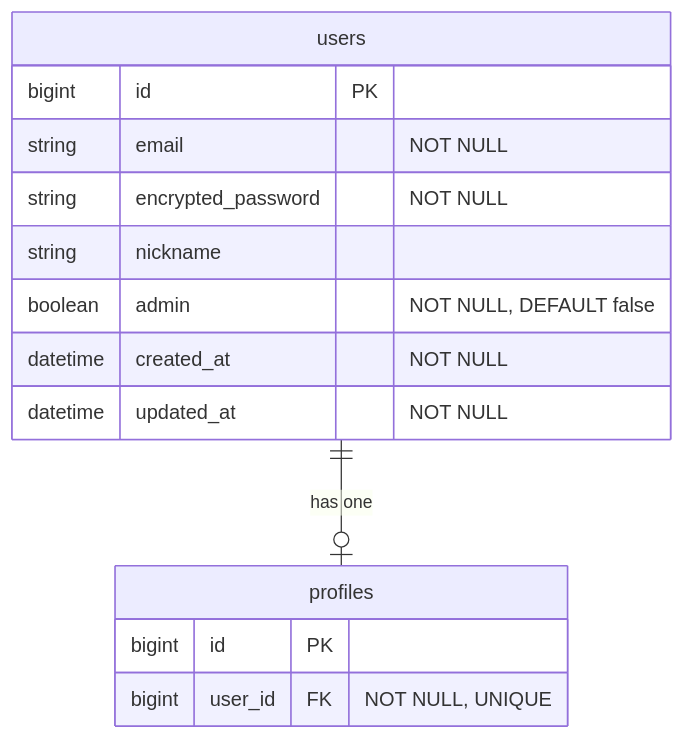
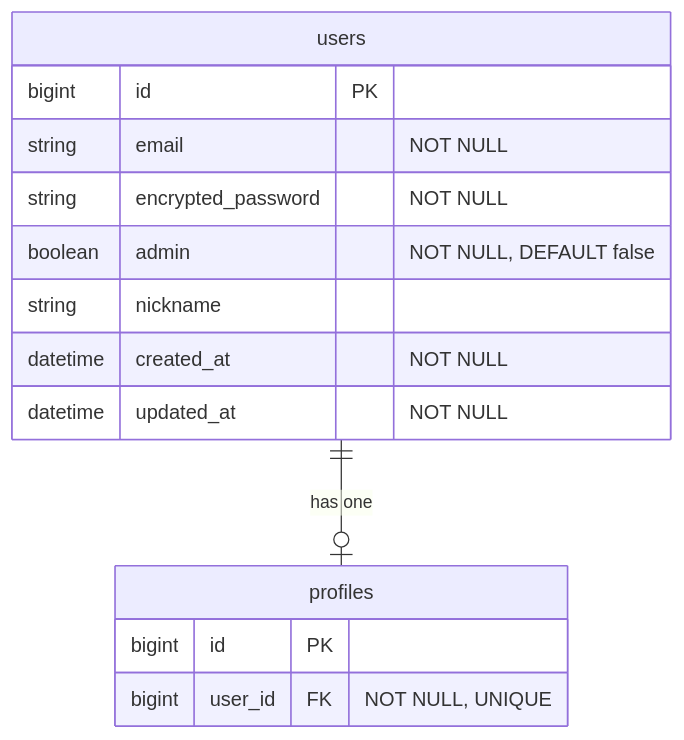
One commit to miyaRY777/hobby-matching-app changed the first of 2 diagrams in docs/designs/2026-04-02-admin-base.md. Above: the diagram before and after it, drawn with Mermaid. The commit also changed other lines of this file, not shown here.

````diff
--- a/docs/designs/2026-04-02-admin-base.md
+++ b/docs/designs/2026-04-02-admin-base.md
@@ -37,19 +96,19 @@
 ```mermaid
 erDiagram
   users {
     bigint id PK
     string email "NOT NULL"
     string encrypted_password "NOT NULL"
+    boolean admin "NOT NULL, DEFAULT false"
     string nickname
-    boolean admin "NOT NULL, DEFAULT false"
     datetime created_at "NOT NULL"
     datetime updated_at "NOT NULL"
   }
 
   profiles {
     bigint id PK
     bigint user_id FK "NOT NULL, UNIQUE"
   }
 
   users ||--o| profiles : "has one"
 ```
````
